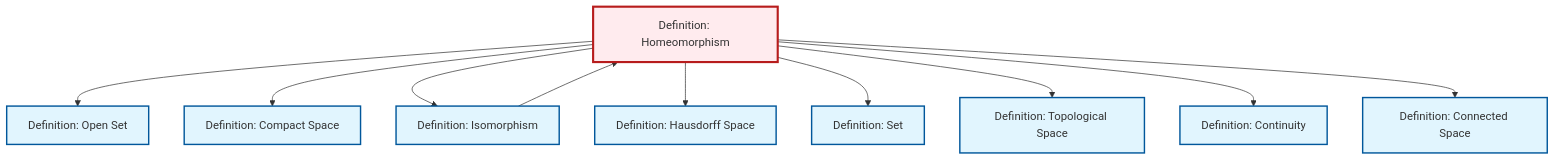
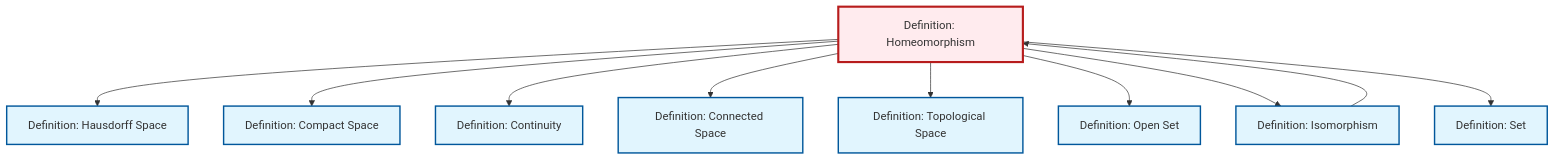
One commit to RK0429/ModernMath changed the diagram in content/ja/topology/def-homeomorphism.qmd. Above: the diagram before and after it, drawn with Mermaid. The commit also changed other lines of this file and 491 other files, not shown here.

````diff
--- a/content/ja/topology/def-homeomorphism.qmd
+++ b/content/ja/topology/def-homeomorphism.qmd
@@ -100,36 +100,36 @@
 ```{mermaid}
 %%| fig-cap: "Local dependency graph"
 graph TD
     classDef definition fill:#e1f5fe,stroke:#01579b,stroke-width:2px
     classDef theorem fill:#f3e5f5,stroke:#4a148c,stroke-width:2px
     classDef axiom fill:#fff3e0,stroke:#e65100,stroke-width:2px
     classDef example fill:#e8f5e9,stroke:#1b5e20,stroke-width:2px
     classDef current fill:#ffebee,stroke:#b71c1c,stroke-width:3px
     def-hausdorff["Definition: Hausdorff Space"]:::definition
+    def-continuity["Definition: Continuity"]:::definition
+    def-connected["Definition: Connected Space"]:::definition
+    def-open-set["Definition: Open Set"]:::definition
+    def-topological-space["Definition: Topological Space"]:::definition
+    def-compact["Definition: Compact Space"]:::definition
+    def-homeomorphism["Definition: Homeomorphism"]:::definition
     def-set["Definition: Set"]:::definition
-    def-open-set["Definition: Open Set"]:::definition
-    def-continuity["Definition: Continuity"]:::definition
-    def-compact["Definition: Compact Space"]:::definition
-    def-connected["Definition: Connected Space"]:::definition
-    def-homeomorphism["Definition: Homeomorphism"]:::definition
-    def-topological-space["Definition: Topological Space"]:::definition
     def-isomorphism["Definition: Isomorphism"]:::definition
-    def-homeomorphism --> def-open-set
+    def-homeomorphism --> def-hausdorff
     def-homeomorphism --> def-compact
-    def-homeomorphism --> def-isomorphism
-    def-homeomorphism --> def-hausdorff
-    def-homeomorphism --> def-set
-    def-isomorphism --> def-homeomorphism
-    def-homeomorphism --> def-topological-space
     def-homeomorphism --> def-continuity
     def-homeomorphism --> def-connected
+    def-homeomorphism --> def-topological-space
+    def-isomorphism --> def-homeomorphism
+    def-homeomorphism --> def-open-set
+    def-homeomorphism --> def-isomorphism
+    def-homeomorphism --> def-set
     class def-homeomorphism current
     click def-hausdorff "def-hausdorff.html" "Definition: Hausdorff Spaceへ"
+    click def-continuity "def-continuity.html" "Definition: Continuityへ"
+    click def-connected "def-connected.html" "Definition: Connected Spaceへ"
+    click def-open-set "def-open-set.html" "Definition: Open Setへ"
+    click def-topological-space "def-topological-space.html" "Definition: Topological Spaceへ"
+    click def-compact "def-compact.html" "Definition: Compact Spaceへ"
     click def-set "def-set.html" "Definition: Setへ"
-    click def-open-set "def-open-set.html" "Definition: Open Setへ"
-    click def-continuity "def-continuity.html" "Definition: Continuityへ"
-    click def-compact "def-compact.html" "Definition: Compact Spaceへ"
-    click def-connected "def-connected.html" "Definition: Connected Spaceへ"
-    click def-topological-space "def-topological-space.html" "Definition: Topological Spaceへ"
     click def-isomorphism "def-isomorphism.html" "Definition: Isomorphismへ"
 ```
````
